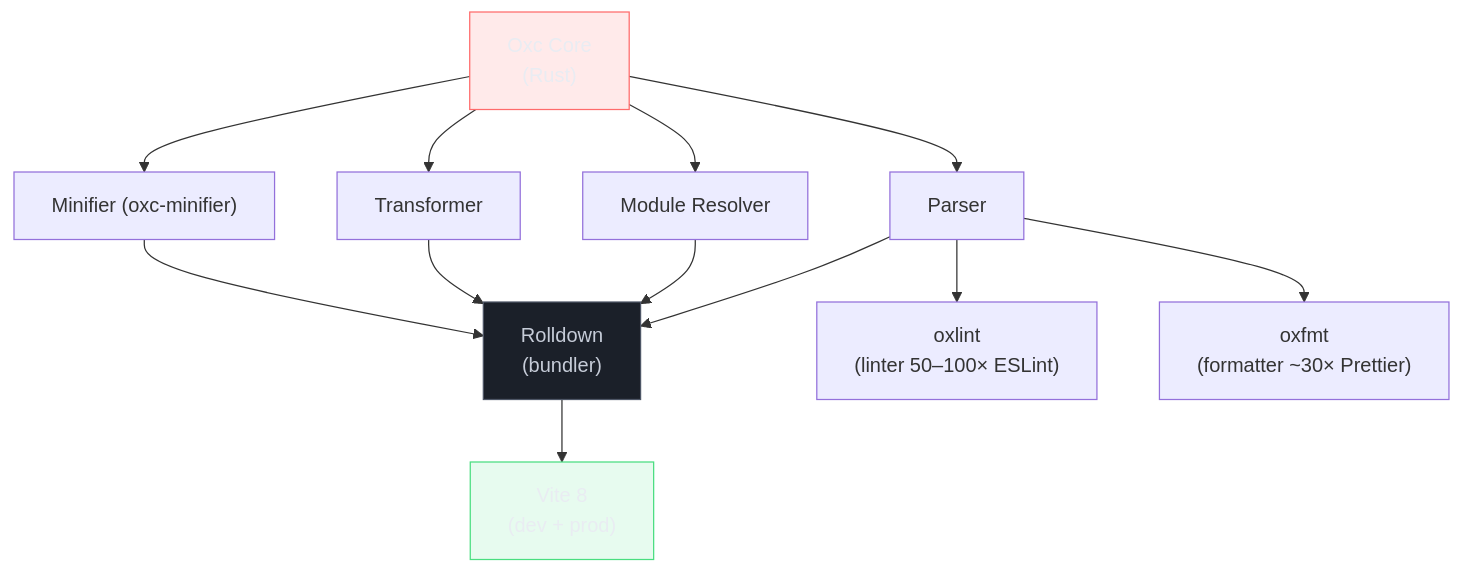
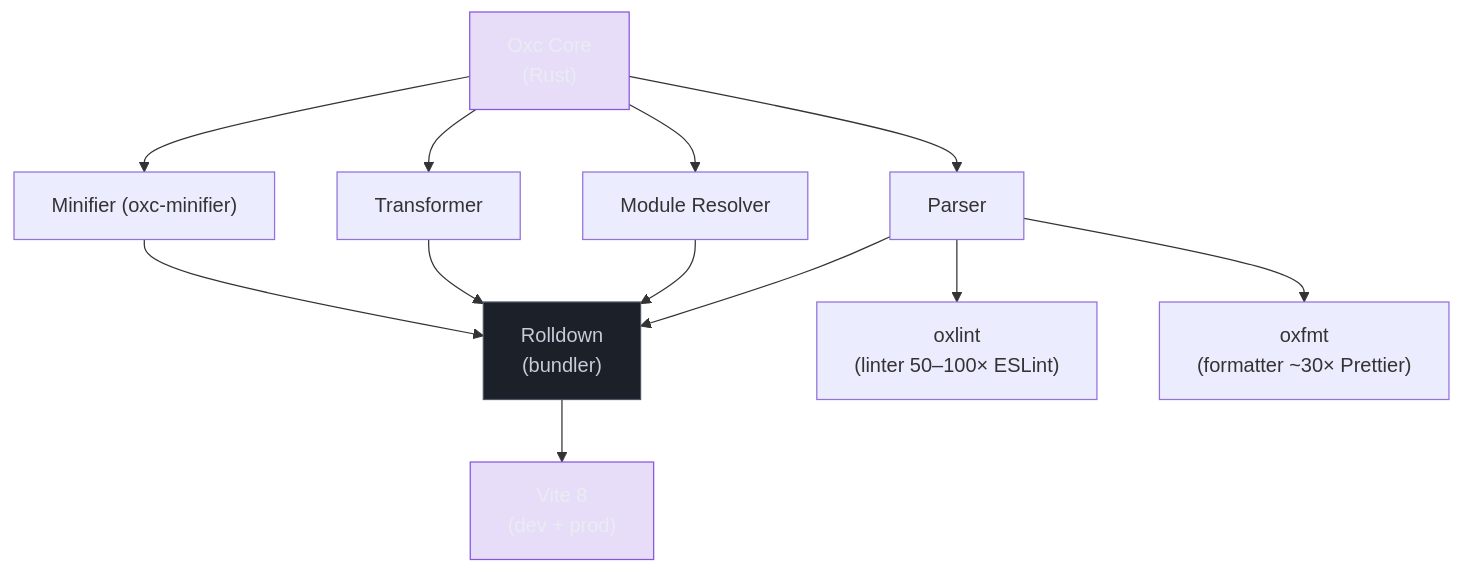
One commit to josenaldo/codex-technomanticus changed diagram 11 of 11 in 03-Dominios/Tecnologia/Tooling e Build/14 - Rollup, esbuild e Rolldown.md. Above: the diagram before and after it, drawn with Mermaid. The commit also changed other lines of this file and 601 other files, not shown here.

````diff
--- a/03-Dominios/Tecnologia/Tooling e Build/14 - Rollup, esbuild e Rolldown.md
+++ b/03-Dominios/Tecnologia/Tooling e Build/14 - Rollup, esbuild e Rolldown.md
@@ -923,29 +923,28 @@
 ```mermaid
 flowchart TD
-    classDef falha fill:#FF6B6B24,stroke:#FF6B6B,color:#E9ECF2
+    classDef marca fill:#8855DF33,stroke:#8855DF,color:#E9ECF2
     classDef neutro fill:#1B2029,stroke:#4E5666,color:#C6CCD8
-    classDef ok fill:#4ADE8021,stroke:#4ADE80,color:#E9ECF2
     OXC["Oxc Core\n(Rust)"]
     PARSER["Parser"]
     RESOLVER["Module Resolver"]
     TRANSFORMER["Transformer"]
     MINIFIER["Minifier (oxc-minifier)"]
 
     OXC --> PARSER
     OXC --> RESOLVER
     OXC --> TRANSFORMER
     OXC --> MINIFIER
 
     PARSER --> ROLLDOWN["Rolldown\n(bundler)"]
     PARSER --> OXLINT["oxlint\n(linter 50–100× ESLint)"]
     PARSER --> OXFMT["oxfmt\n(formatter ~30× Prettier)"]
     RESOLVER --> ROLLDOWN
     TRANSFORMER --> ROLLDOWN
     MINIFIER --> ROLLDOWN
 
     ROLLDOWN --> VITE8["Vite 8\n(dev + prod)"]
 
-    class OXC falha
+    class OXC marca
     class ROLLDOWN neutro
-    class VITE8 ok
+    class VITE8 marca
 ```
````
